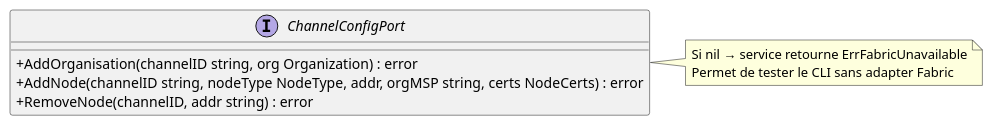
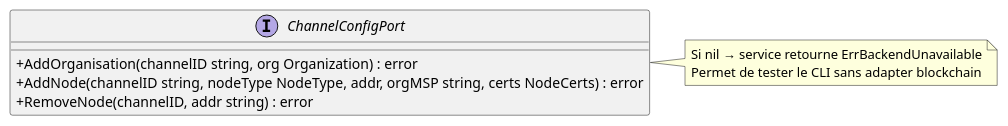
One commit to olivaux/myr changed the fourth of 6 diagrams in specs/3-Conception/DC_CLI_Admin.md. Above: the diagram before and after it, drawn with PlantUML. The commit also changed other lines of this file and 12 other files, not shown here.

````diff
--- a/specs/3-Conception/DC_CLI_Admin.md
+++ b/specs/3-Conception/DC_CLI_Admin.md
@@ -583,11 +792,11 @@
 ```plantuml
 @startuml
 skinparam classAttributeIconSize 0
 interface ChannelConfigPort {
   + AddOrganisation(channelID string, org Organization) : error
   + AddNode(channelID string, nodeType NodeType, addr, orgMSP string, certs NodeCerts) : error
   + RemoveNode(channelID, addr string) : error
 }
-note right : Si nil → service retourne ErrFabricUnavailable\nPermet de tester le CLI sans adapter Fabric
+note right : Si nil → service retourne ErrBackendUnavailable\nPermet de tester le CLI sans adapter blockchain
 @enduml
 ```
````
